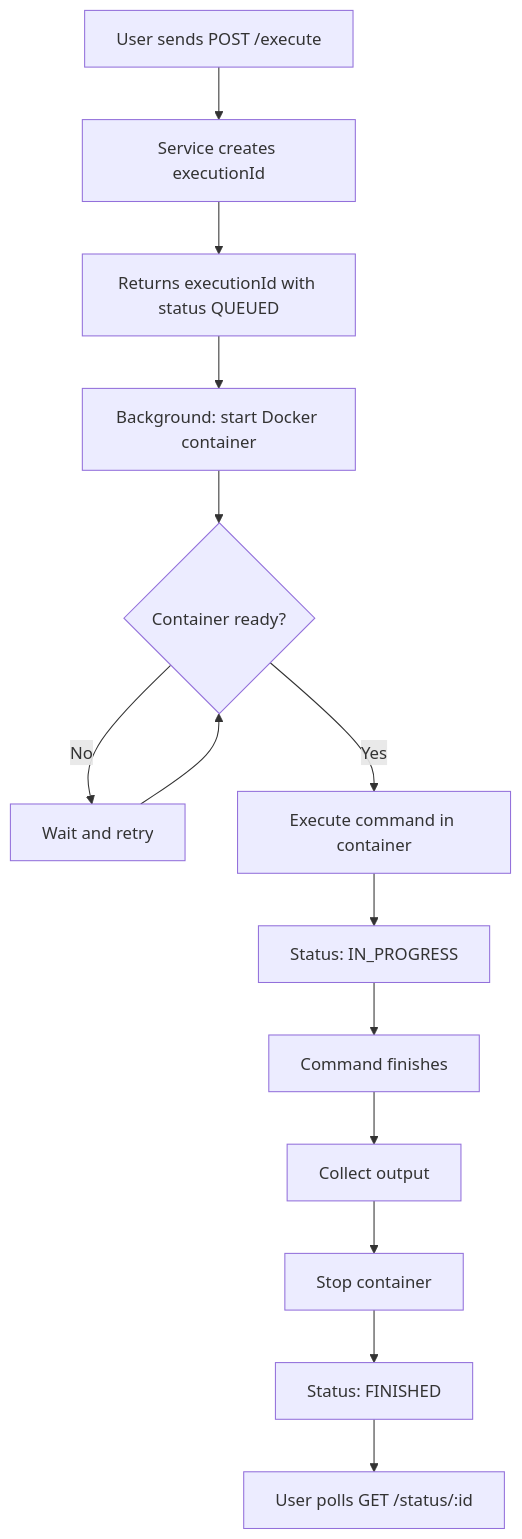
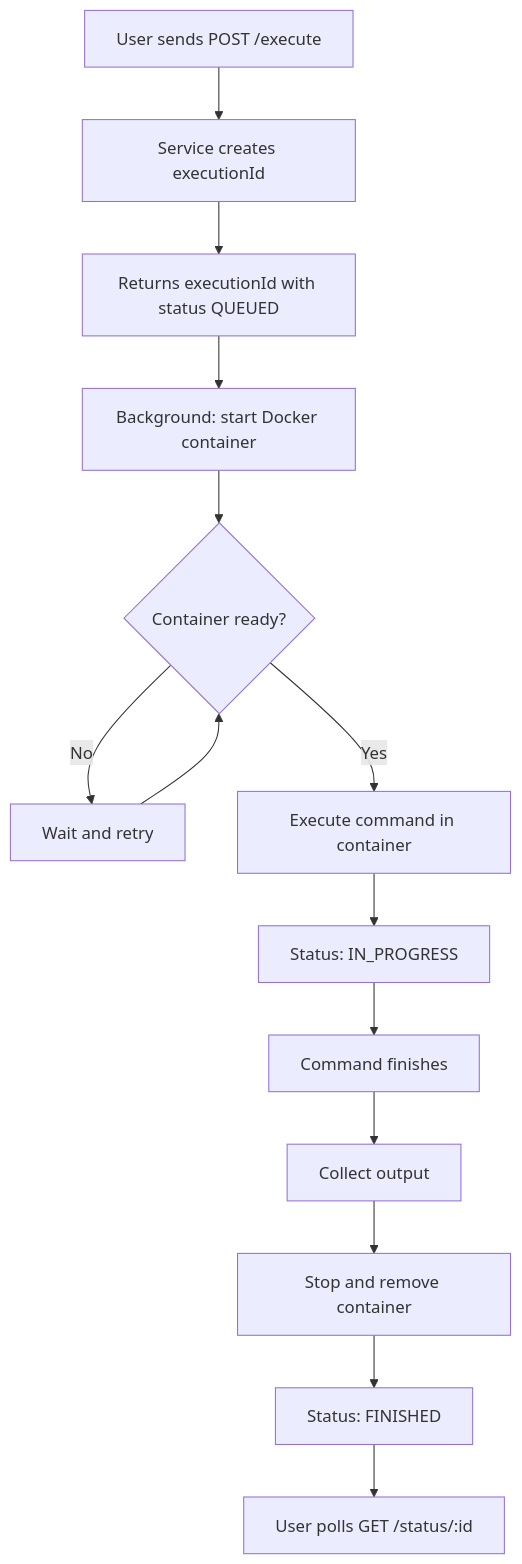
One commit to irrivero/ExecutorService changed the diagram in README.md. Above: the diagram before and after it, drawn with Mermaid. The commit also changed other lines of this file, not shown here.

````diff
--- a/README.md
+++ b/README.md
@@ -40,16 +62,16 @@
 ```mermaid
 flowchart TD
     A[User sends POST /execute] --> B[Service creates executionId]
     B --> C[Returns executionId with status QUEUED]
     C --> D[Background: start Docker container]
     D --> E{Container ready?}
     E -->|No| F[Wait and retry]
     F --> E
     E -->|Yes| G[Execute command in container]
     G --> H[Status: IN_PROGRESS]
     H --> I[Command finishes]
     I --> J[Collect output]
-    J --> K[Stop container]
+    J --> K[Stop and remove container]
     K --> L[Status: FINISHED]
     L --> M[User polls GET /status/:id]
 ```
````
